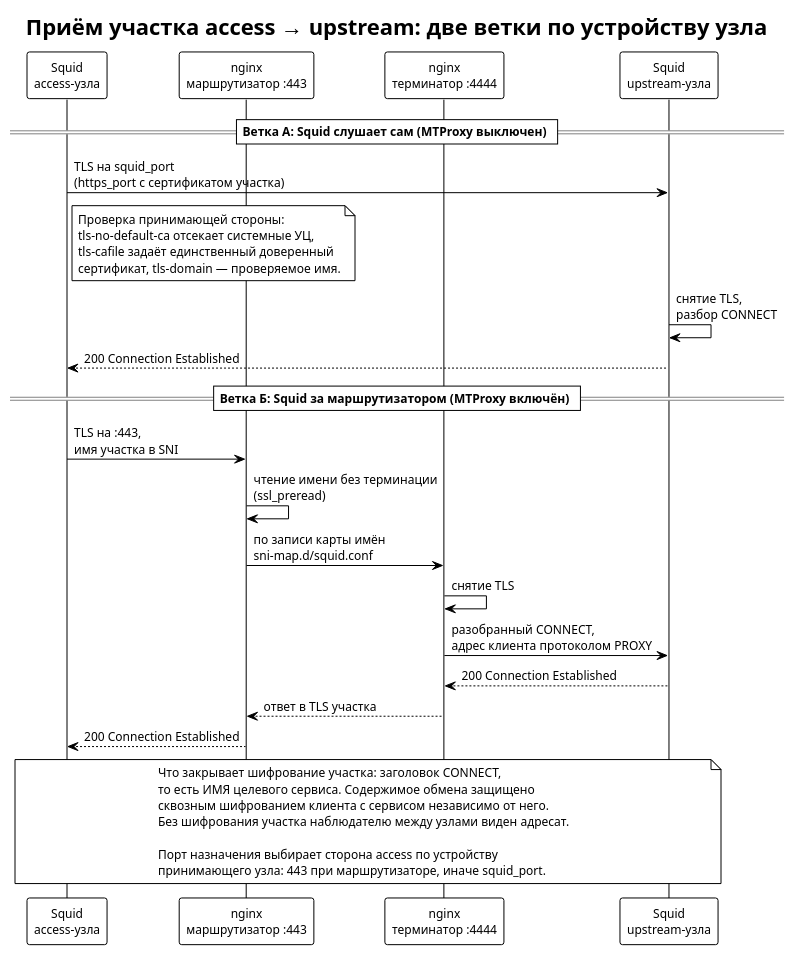
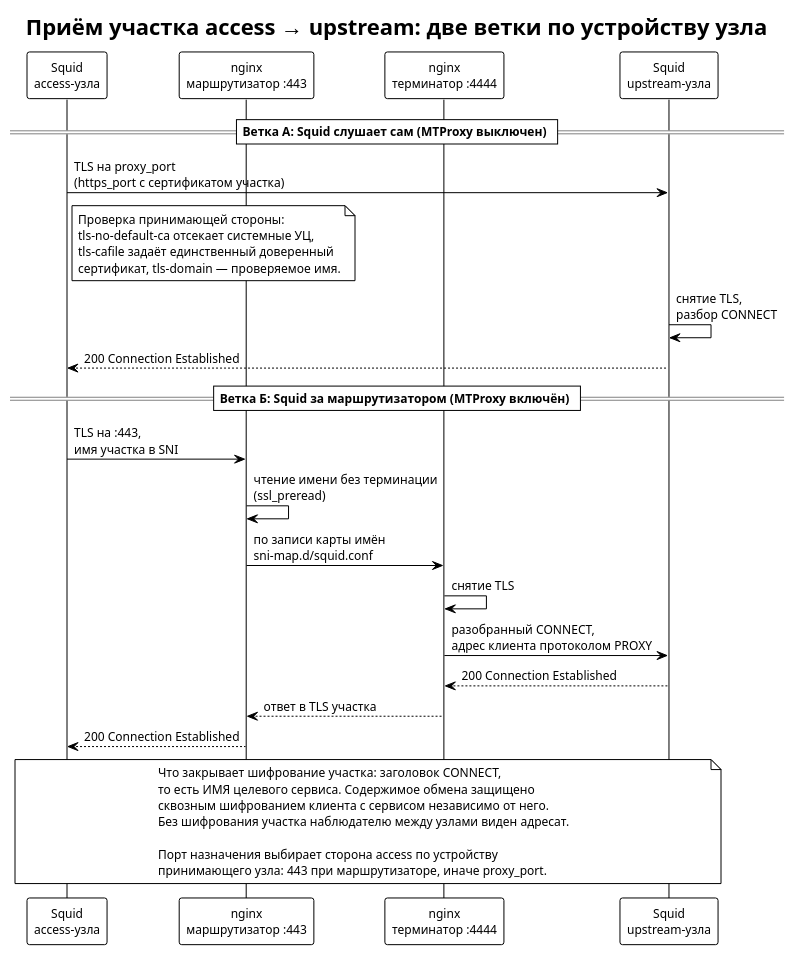
Before and after one commit to demofly/ai-proxy: the diagram in docs/AA/C3/diagrams/C3-SU-001-transit-tls.puml, drawn with PlantUML. The commit also changed 37 other files, not shown here.

Commit message:
refactor(deploy): rename external proxy port setting

```diff
--- a/docs/AA/C3/diagrams/C3-SU-001-transit-tls.puml
+++ b/docs/AA/C3/diagrams/C3-SU-001-transit-tls.puml
@@ -1,47 +1,47 @@
 @startuml C3-SU-001-transit-tls
 !theme plain
 skinparam backgroundColor white
 skinparam defaultFontName "Segoe UI"
 skinparam defaultFontSize 12
 
 title Приём участка access → upstream: две ветки по устройству узла
 
 participant "Squid\naccess-узла" as ACC
 participant "nginx\nмаршрутизатор :443" as ROUTER
 participant "nginx\nтерминатор :4444" as TERM
 participant "Squid\nupstream-узла" as SQUID
 
 == Ветка А: Squid слушает сам (MTProxy выключен) ==
 
-ACC -> SQUID : TLS на squid_port\n(https_port с сертификатом участка)
+ACC -> SQUID : TLS на proxy_port\n(https_port с сертификатом участка)
 note right of ACC
   Проверка принимающей стороны:
   tls-no-default-ca отсекает системные УЦ,
   tls-cafile задаёт единственный доверенный
   сертификат, tls-domain — проверяемое имя.
 end note
 SQUID -> SQUID : снятие TLS,\nразбор CONNECT
 SQUID --> ACC : 200 Connection Established
 
 == Ветка Б: Squid за маршрутизатором (MTProxy включён) ==
 
 ACC -> ROUTER : TLS на :443,\nимя участка в SNI
 ROUTER -> ROUTER : чтение имени без терминации\n(ssl_preread)
 ROUTER -> TERM : по записи карты имён\nsni-map.d/squid.conf
 TERM -> TERM : снятие TLS
 TERM -> SQUID : разобранный CONNECT,\nадрес клиента протоколом PROXY
 SQUID --> TERM : 200 Connection Established
 TERM --> ROUTER : ответ в TLS участка
 ROUTER --> ACC : 200 Connection Established
 
 note over ACC, SQUID
   Что закрывает шифрование участка: заголовок CONNECT,
   то есть ИМЯ целевого сервиса. Содержимое обмена защищено
   сквозным шифрованием клиента с сервисом независимо от него.
   Без шифрования участка наблюдателю между узлами виден адресат.
 
   Порт назначения выбирает сторона access по устройству
-  принимающего узла: 443 при маршрутизаторе, иначе squid_port.
+  принимающего узла: 443 при маршрутизаторе, иначе proxy_port.
 end note
 
 @enduml
```
